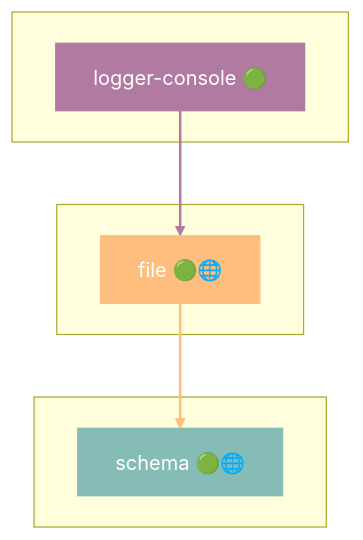
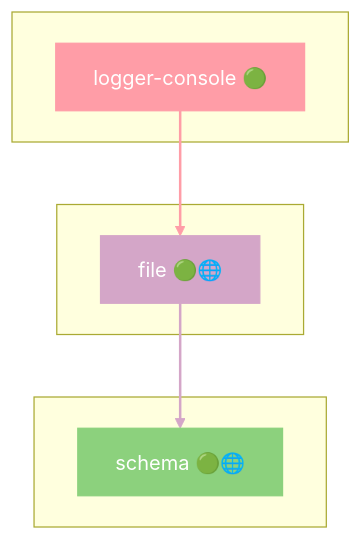
Before and after one commit to grest-ts/grest-ts: diagram 19 of 41 in docs/DEPENDENCIES.md, drawn with Mermaid. The commit also changed other lines of this file and 29 other files, not shown here.

````diff
--- a/docs/DEPENDENCIES.md
+++ b/docs/DEPENDENCIES.md
@@ -931,19 +941,19 @@
 ```mermaid
 flowchart TB
     subgraph Dependents[" "]
         logger-console["logger-console 🟢"]
     end
     subgraph Package[" "]
         file["file 🟢🌐"]
     end
     subgraph Dependencies[" "]
         schema["schema 🟢🌐"]
     end
     logger-console --> file
     file --> schema
-    style file fill:#FFBE7D,stroke:#FFBE7D,color:#fff
-    style logger-console fill:#B07AA1,stroke:#B07AA1,color:#fff
-    style schema fill:#86BCB6,stroke:#86BCB6,color:#fff
-    linkStyle 0 stroke:#B07AA1,stroke-width:2px
-    linkStyle 1 stroke:#FFBE7D,stroke-width:2px
+    style file fill:#D4A6C8,stroke:#D4A6C8,color:#fff
+    style logger-console fill:#FF9DA7,stroke:#FF9DA7,color:#fff
+    style schema fill:#8CD17D,stroke:#8CD17D,color:#fff
+    linkStyle 0 stroke:#FF9DA7,stroke-width:2px
+    linkStyle 1 stroke:#D4A6C8,stroke-width:2px
 ```
````
